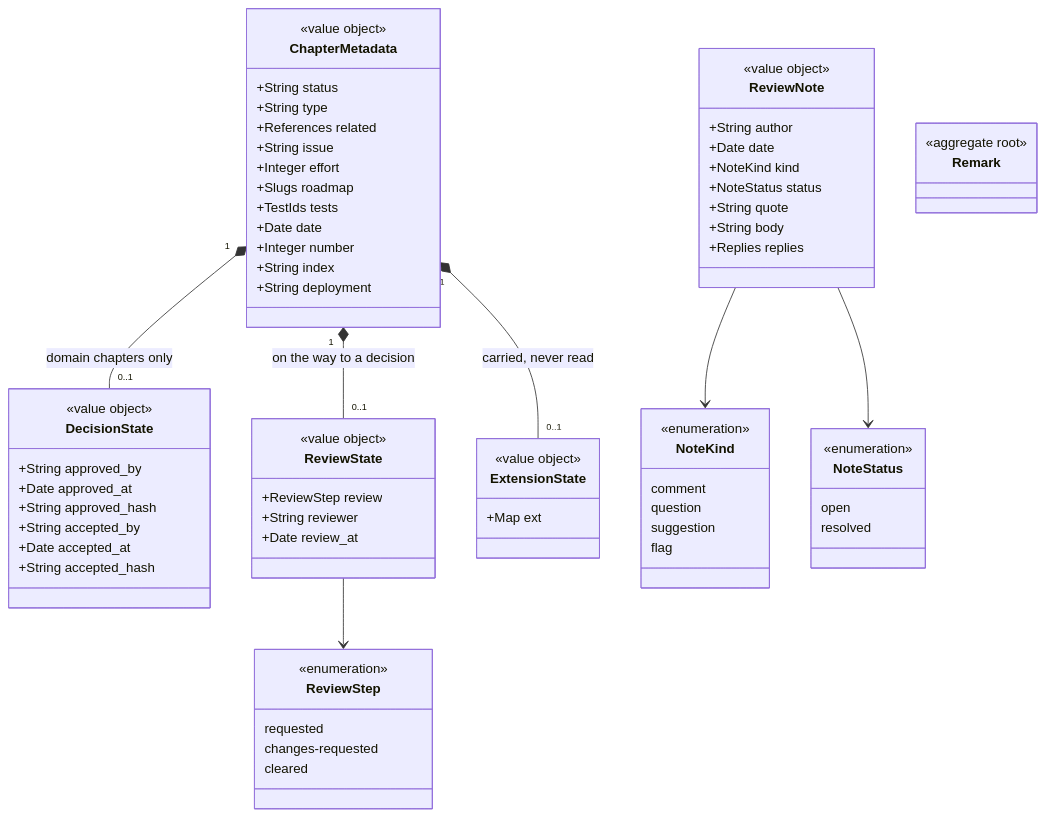
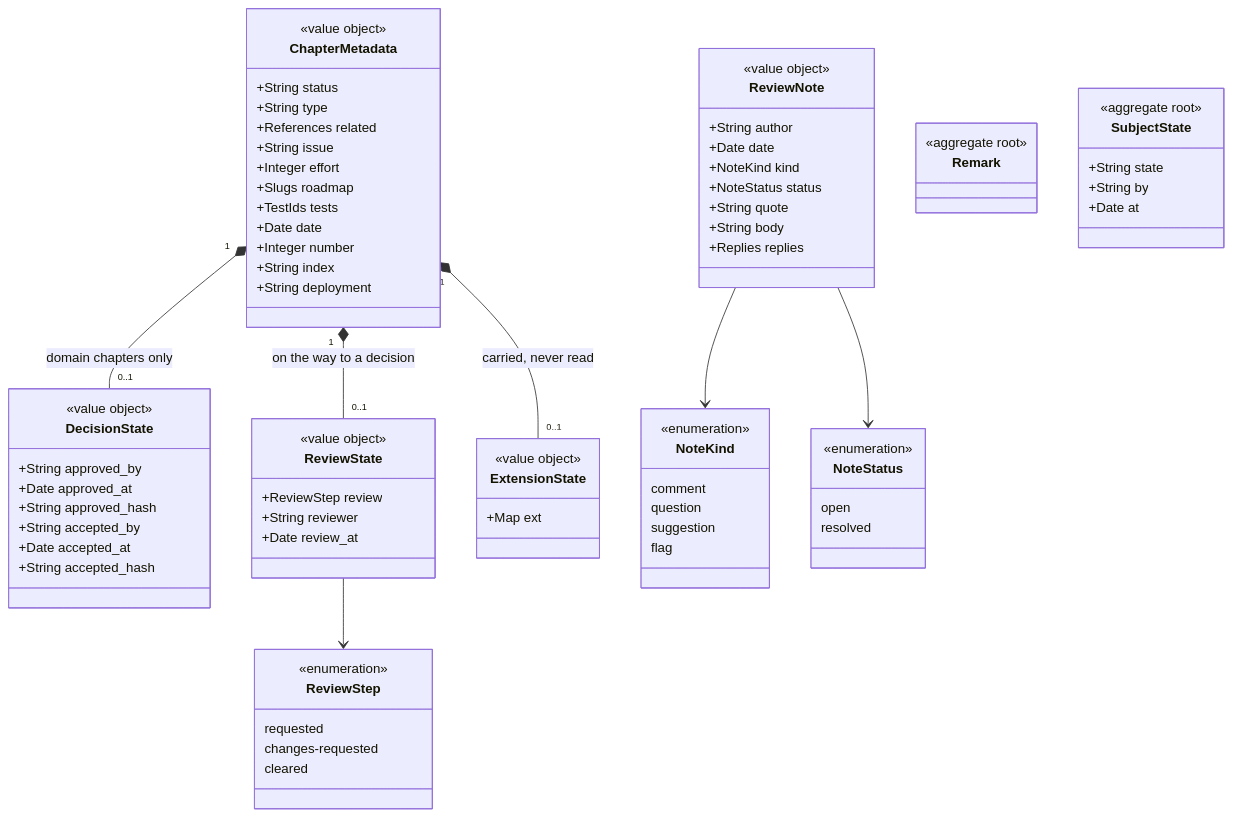
Before and after one commit to JSdotNet/Backlog: the diagram in .devbook/domain/devbook/model.md, drawn with Mermaid. The commit also changed other lines of this file and 23 other files, not shown here.

````diff
--- a/.devbook/domain/devbook/model.md
+++ b/.devbook/domain/devbook/model.md
@@ -22,74 +22,80 @@
 ```mermaid
 classDiagram
     class ChapterMetadata {
         <<value object>>
         +String status
         +String type
         +References related
         +String issue
         +Integer effort
         +Slugs roadmap
         +TestIds tests
         +Date date
         +Integer number
         +String index
         +String deployment
     }
     class DecisionState {
         <<value object>>
         +String approved_by
         +Date approved_at
         +String approved_hash
         +String accepted_by
         +Date accepted_at
         +String accepted_hash
     }
     class ReviewState {
         <<value object>>
         +ReviewStep review
         +String reviewer
         +Date review_at
     }
     class ExtensionState {
         <<value object>>
         +Map ext
     }
     class ReviewNote {
         <<value object>>
         +String author
         +Date date
         +NoteKind kind
         +NoteStatus status
         +String quote
         +String body
         +Replies replies
     }
     class Remark {
         <<aggregate root>>
     }
+    class SubjectState {
+        <<aggregate root>>
+        +String state
+        +String by
+        +Date at
+    }
     class ReviewStep {
         <<enumeration>>
         requested
         changes-requested
         cleared
     }
     class NoteKind {
         <<enumeration>>
         comment
         question
         suggestion
         flag
     }
     class NoteStatus {
         <<enumeration>>
         open
         resolved
     }
 
     ChapterMetadata "1" *-- "0..1" DecisionState : domain chapters only
     ChapterMetadata "1" *-- "0..1" ReviewState : on the way to a decision
     ChapterMetadata "1" *-- "0..1" ExtensionState : carried, never read
     ReviewState --> ReviewStep
     ReviewNote --> NoteKind
     ReviewNote --> NoteStatus
 ```
````
